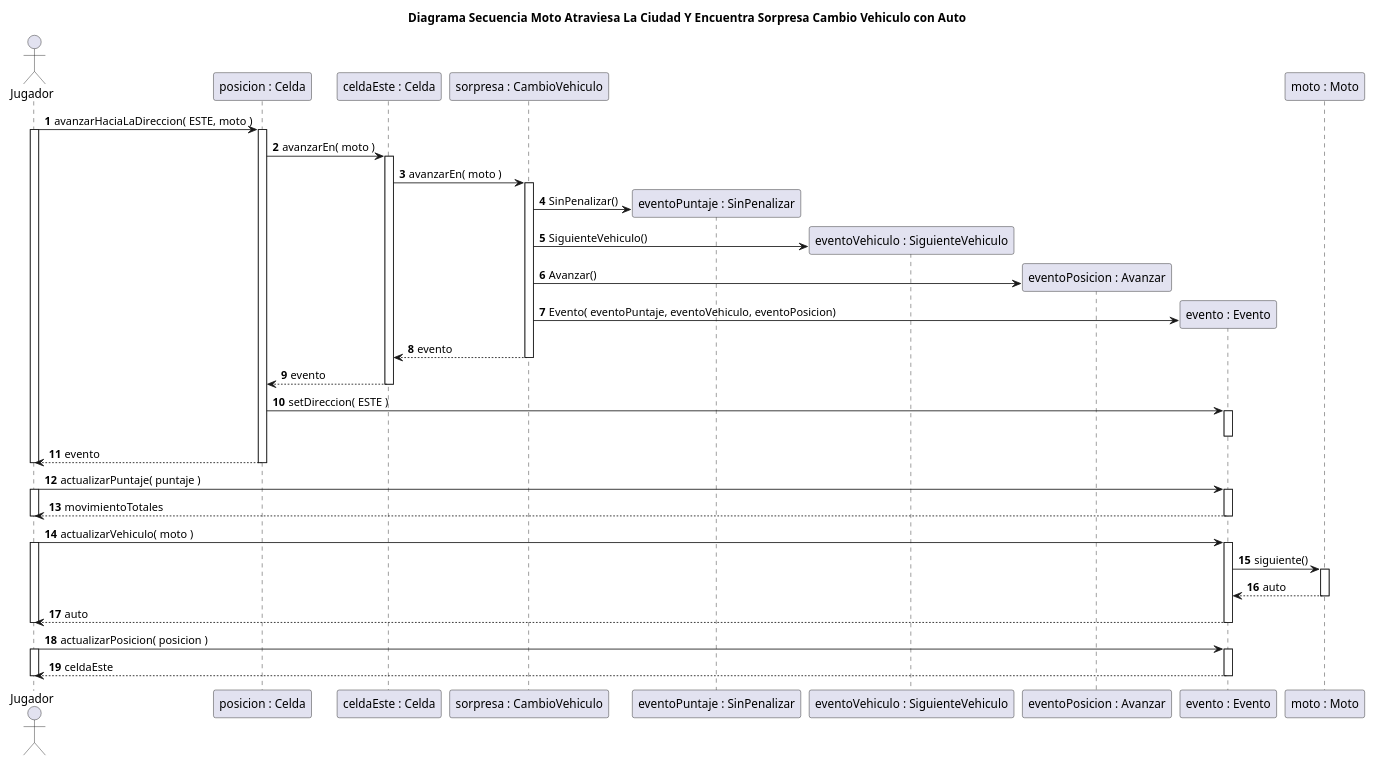
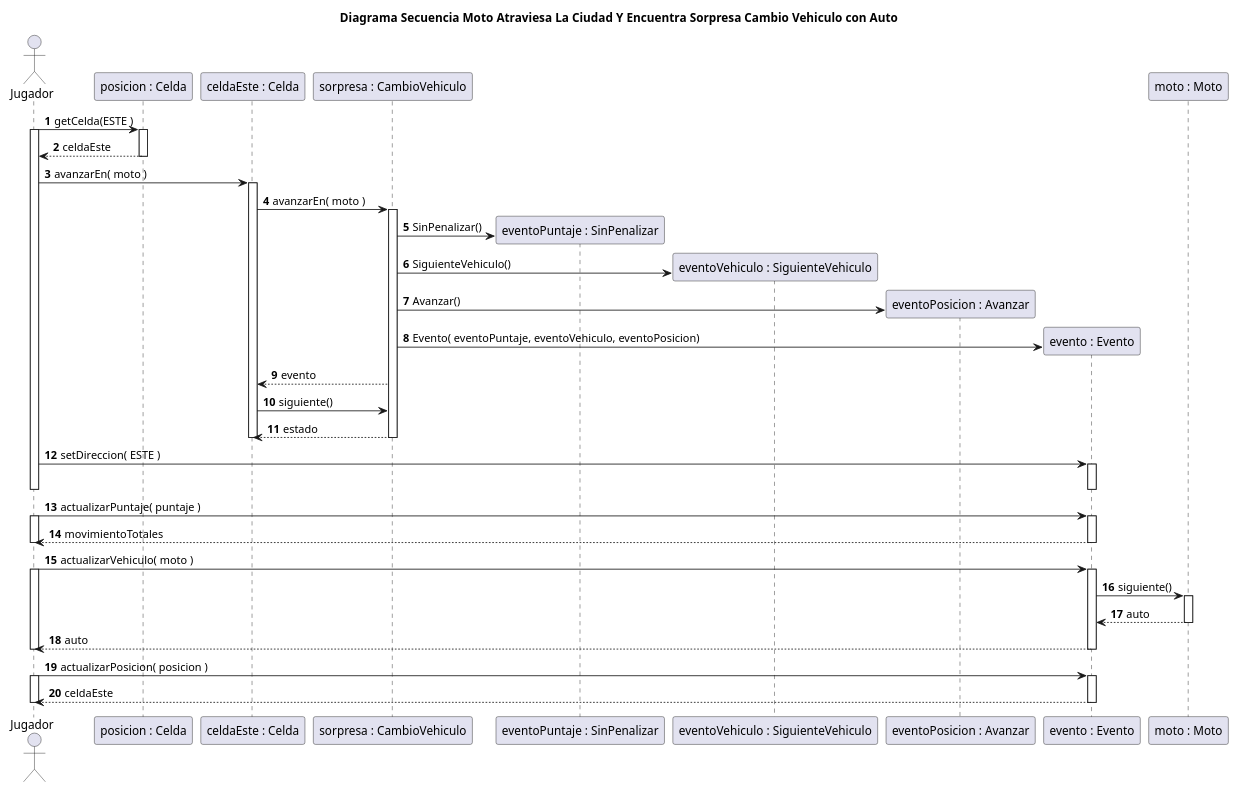
The diagram in diagrams/sequences/entrega2/CasoMotoAtraviesaLaCiudadYEncuentraSorpresaCambioVehiculoConAuto.puml (rodrigovzq/algo3_tp2), drawn with PlantUML before and after one commit. The commit also changed 10 other files, not shown here.

```diff
--- a/diagrams/sequences/entrega2/CasoMotoAtraviesaLaCiudadYEncuentraSorpresaCambioVehiculoConAuto.puml
+++ b/diagrams/sequences/entrega2/CasoMotoAtraviesaLaCiudadYEncuentraSorpresaCambioVehiculoConAuto.puml
@@ -1,57 +1,59 @@
 @startuml
 title Diagrama Secuencia Moto Atraviesa La Ciudad Y Encuentra Sorpresa Cambio Vehiculo con Auto
 
 autonumber
 
 actor Jugador
 
-Jugador -> "posicion : Celda"++: avanzarHaciaLaDireccion( ESTE, moto )
+Jugador -> "posicion : Celda"++: getCelda(ESTE )
 
 activate Jugador
-"posicion : Celda" -> "celdaEste : Celda"++: avanzarEn( moto )
+"posicion : Celda" --> Jugador: celdaEste
+deactivate "posicion : Celda"
+Jugador -> "celdaEste : Celda"++: avanzarEn( moto )
 
 
 "celdaEste : Celda" -> "sorpresa : CambioVehiculo"++: avanzarEn( moto )
 
 create "eventoPuntaje : SinPenalizar"
 "sorpresa : CambioVehiculo"-> "eventoPuntaje : SinPenalizar": SinPenalizar()
 
 create "eventoVehiculo : SiguienteVehiculo"
 "sorpresa : CambioVehiculo" -> "eventoVehiculo : SiguienteVehiculo": SiguienteVehiculo()
 
 create "eventoPosicion : Avanzar"
 "sorpresa : CambioVehiculo"  -> "eventoPosicion : Avanzar": Avanzar()
 
 create "evento : Evento"
 "sorpresa : CambioVehiculo"  -> "evento : Evento": Evento( eventoPuntaje, eventoVehiculo, eventoPosicion)
 
-"sorpresa : CambioVehiculo" --> "celdaEste : Celda"--: evento
-
-"celdaEste : Celda" --> "posicion : Celda": evento
+"sorpresa : CambioVehiculo" --> "celdaEste : Celda": evento
+"celdaEste : Celda" -> "sorpresa : CambioVehiculo": siguiente()
+"sorpresa : CambioVehiculo" --> "celdaEste : Celda"--: estado
 deactivate "celdaEste : Celda"
 
-"posicion : Celda" -> "evento : Evento"++: setDireccion( ESTE )
+Jugador -> "evento : Evento"++: setDireccion( ESTE )
 deactivate "evento : Evento"
-"posicion : Celda" --> Jugador--: evento
+
 deactivate Jugador
 
 
 Jugador -> "evento : Evento"++: actualizarPuntaje( puntaje )
 activate Jugador
 Jugador <-- "evento : Evento"--: movimientoTotales
 deactivate Jugador
 
 Jugador -> "evento : Evento"++: actualizarVehiculo( moto )
 activate Jugador
 "evento : Evento" -> "moto : Moto"++: siguiente()
 "moto : Moto" --> "evento : Evento"--: auto
 Jugador <-- "evento : Evento"--: auto
 deactivate Jugador
 
 
 Jugador -> "evento : Evento"++: actualizarPosicion( posicion )
 activate Jugador
 Jugador <-- "evento : Evento"--: celdaEste
 deactivate Jugador
 
 @enduml
```
